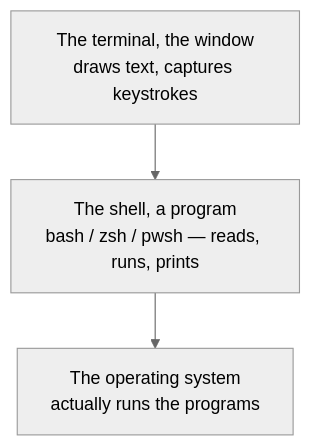
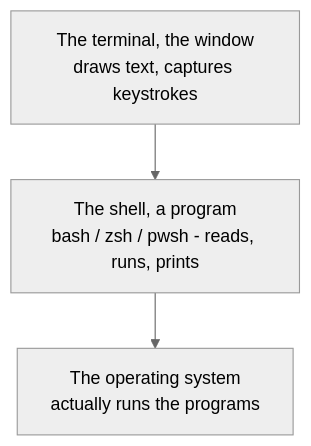
One commit to Topurrra/themissingmanual changed the first of 2 diagrams in guides/operating-systems/the-terminal-and-shell/01-terminal-vs-shell.md. Above: the diagram before and after it, drawn with Mermaid (neutral theme). The commit also changed other lines of this file and 1072 other files, not shown here.

````diff
--- a/guides/operating-systems/the-terminal-and-shell/01-terminal-vs-shell.md
+++ b/guides/operating-systems/the-terminal-and-shell/01-terminal-vs-shell.md
@@ -24,5 +24,5 @@
 ```mermaid
 flowchart TD
-  Terminal[The terminal, the window<br/>draws text, captures keystrokes] --> Shell[The shell, a program<br/>bash / zsh / pwsh — reads, runs, prints]
+  Terminal[The terminal, the window<br/>draws text, captures keystrokes] --> Shell[The shell, a program<br/>bash / zsh / pwsh - reads, runs, prints]
   Shell --> OS[The operating system<br/>actually runs the programs]
 ```
````
